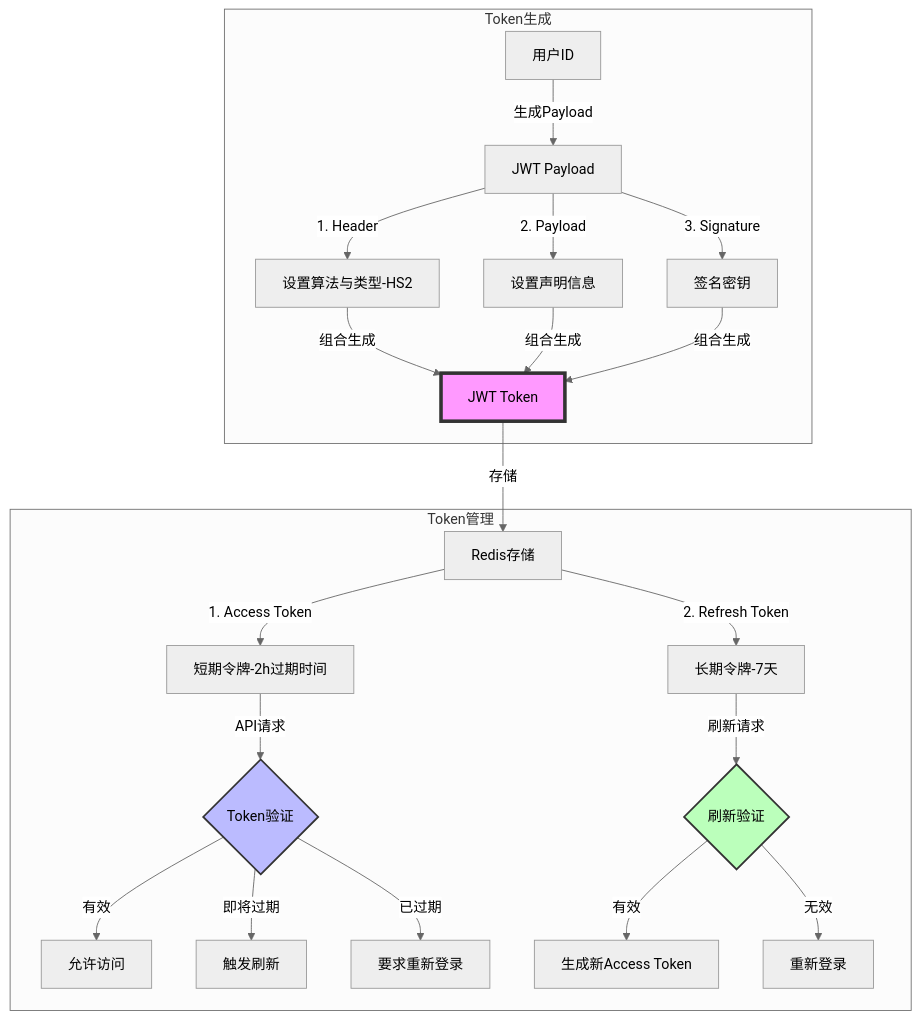
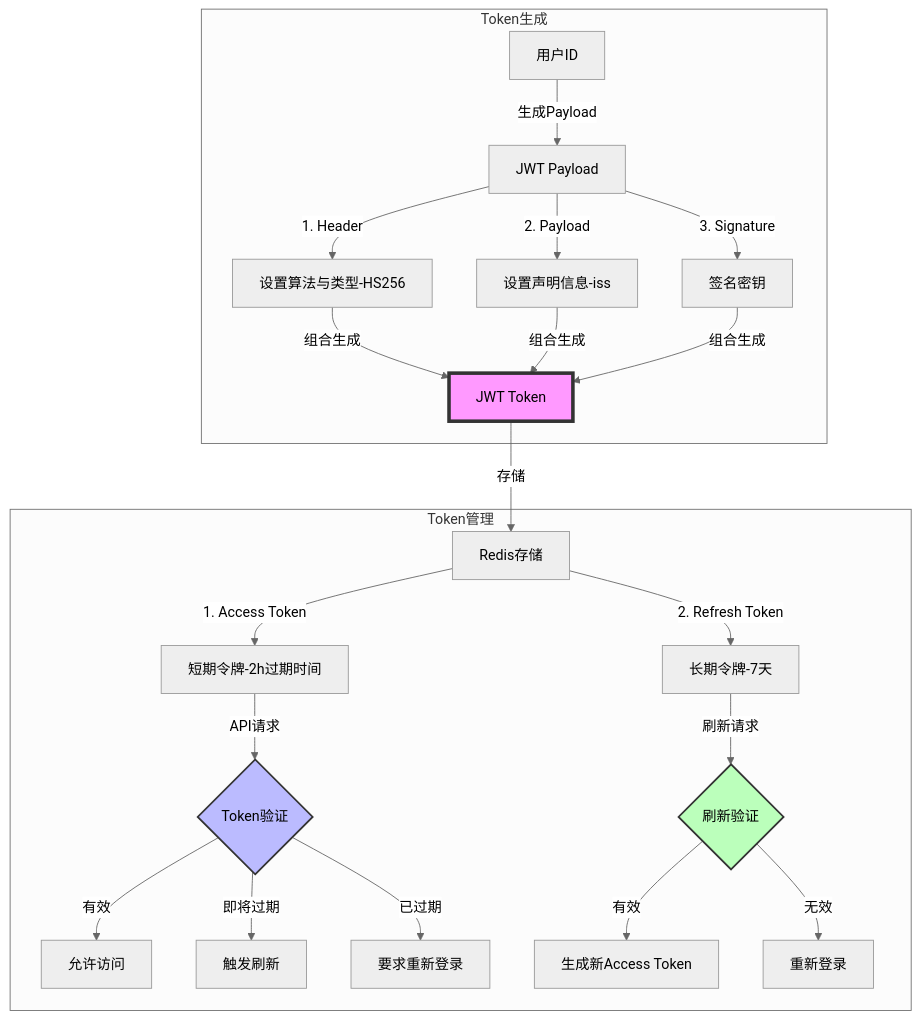
Before and after one commit to yingjianzh/iodraw-files: the diagram in all/未命名-10.md, drawn with Mermaid (neutral theme).

Commit message:
2025-01-02 11:12:48 update

````diff
--- a/all/未命名-10.md
+++ b/all/未命名-10.md
@@ -1,32 +1,32 @@
 ```mermaid
 
 flowchart TD
     subgraph Token生成
         A[用户ID] -->|生成Payload| B[JWT Payload]
-        B -->|1. Header| C[设置算法与类型-HS2]
-        B -->|2. Payload| D[设置声明信息]
+        B -->|1. Header| C[设置算法与类型-HS256]
+        B -->|2. Payload| D[设置声明信息-iss]
         B -->|3. Signature| E[签名密钥]
         C & D & E -->|组合生成| F[JWT Token]
     end
 
 
     subgraph Token管理
         F -->|存储| G[Redis存储]
         G -->|1. Access Token| H[短期令牌-2h过期时间]
         G -->|2. Refresh Token| I[长期令牌-7天]
         
         H -->|API请求| J{Token验证}
         J -->|有效| K[允许访问]
         J -->|即将过期| L[触发刷新]
         J -->|已过期| M[要求重新登录]
         
         I -->|刷新请求| N{刷新验证}
         N -->|有效| O[生成新Access Token]
         N -->|无效| P[重新登录]
     end
 
     style F fill:#f9f,stroke:#333,stroke-width:4px
     style J fill:#bbf,stroke:#333,stroke-width:2px
     style N fill:#bfb,stroke:#333,stroke-width:2px
 
 ```
````
